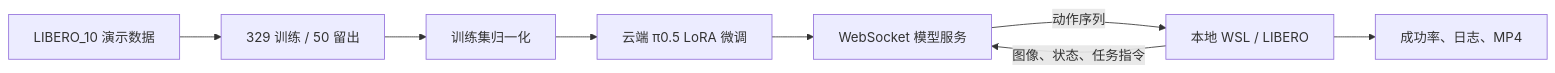
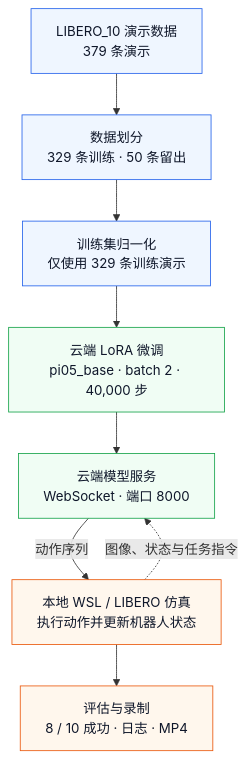
One commit to ppyyds0330/pi05-libero10-finetuning changed the diagram in README.md. Above: the diagram before and after it, drawn with Mermaid. The commit also changed other lines of this file and 2 other files, not shown here.

Commit message:
Improve vertical architecture diagram and clarify training source setup

````diff
--- a/README.md
+++ b/README.md
@@ -35,10 +35,25 @@
 ```mermaid
-flowchart LR
-  A["LIBERO_10 演示数据"] --> B["329 训练 / 50 留出"]
-  B --> C["训练集归一化"]
-  C --> D["云端 π0.5 LoRA 微调"]
-  D --> E["WebSocket 模型服务"]
-  F["本地 WSL / LIBERO"] -->|"图像、状态、任务指令"| E
-  E -->|"动作序列"| F
-  F --> G["成功率、日志、MP4"]
+flowchart TB
+  DATA["LIBERO_10 演示数据<br/>379 条演示"]
+  SPLIT["数据划分<br/>329 条训练 · 50 条留出"]
+  NORM["训练集归一化<br/>仅使用 329 条训练演示"]
+  TRAIN["云端 LoRA 微调<br/>pi05_base · batch 2 · 40,000 步"]
+  SERVER["云端模型服务<br/>WebSocket · 端口 8000"]
+  CLIENT["本地 WSL / LIBERO 仿真<br/>执行动作并更新机器人状态"]
+  RESULT["评估与录制<br/>8 / 10 成功 · 日志 · MP4"]
+
+  DATA --> SPLIT
+  SPLIT --> NORM
+  NORM --> TRAIN
+  TRAIN --> SERVER
+  SERVER -->|"动作序列"| CLIENT
+  CLIENT -.->|"图像、状态与任务指令"| SERVER
+  CLIENT --> RESULT
+
+  classDef data fill:#eff6ff,stroke:#2563eb,color:#0f172a;
+  classDef cloud fill:#f0fdf4,stroke:#16a34a,color:#0f172a;
+  classDef local fill:#fff7ed,stroke:#ea580c,color:#0f172a;
+  class DATA,SPLIT,NORM data;
+  class TRAIN,SERVER cloud;
+  class CLIENT,RESULT local;
 ```
````
